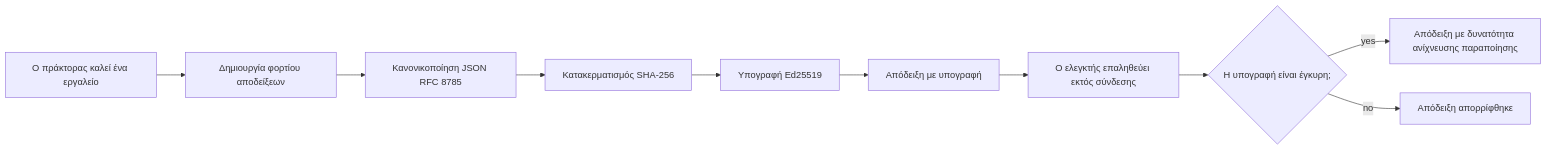
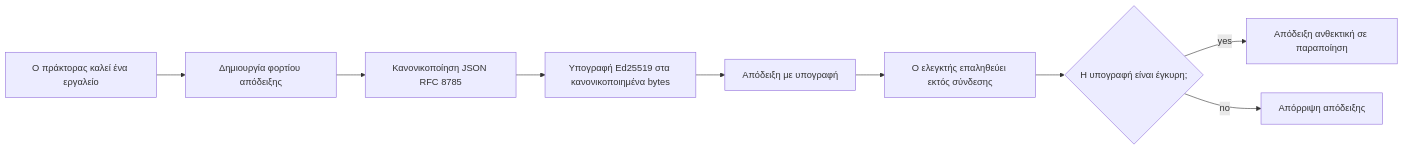
The first of 2 diagrams in translations/el/18-securing-ai-agents/README.md (microsoft/ai-agents-for-beginners), drawn with Mermaid before and after one commit. The commit also changed other lines of this file and 46 other files, not shown here.

````diff
--- a/translations/el/18-securing-ai-agents/README.md
+++ b/translations/el/18-securing-ai-agents/README.md
@@ -51,12 +51,11 @@
 ```mermaid
 flowchart LR
-    A[Ο πράκτορας καλεί ένα εργαλείο] --> B[Δημιουργία φορτίου αποδείξεων]
+    A[Ο πράκτορας καλεί ένα εργαλείο] --> B[Δημιουργία φορτίου απόδειξης]
     B --> C[Κανoνικοποίηση JSON RFC 8785]
-    C --> D[Κατακερματισμός SHA-256]
-    D --> E[Υπογραφή Ed25519]
+    C --> E[Υπογραφή Ed25519 στα κανονικοποιημένα bytes]
     E --> F[Απόδειξη με υπογραφή]
     F --> G[Ο ελεγκτής επαληθεύει εκτός σύνδεσης]
     G --> H{Η υπογραφή είναι έγκυρη;}
-    H -- yes --> I[Απόδειξη με δυνατότητα ανίχνευσης παραποίησης]
-    H -- no --> J[Απόδειξη απορρίφθηκε]
+    H -- yes --> I[Απόδειξη ανθεκτική σε παραποίηση]
+    H -- no --> J[Απόρριψη απόδειξης]
 ```
````
